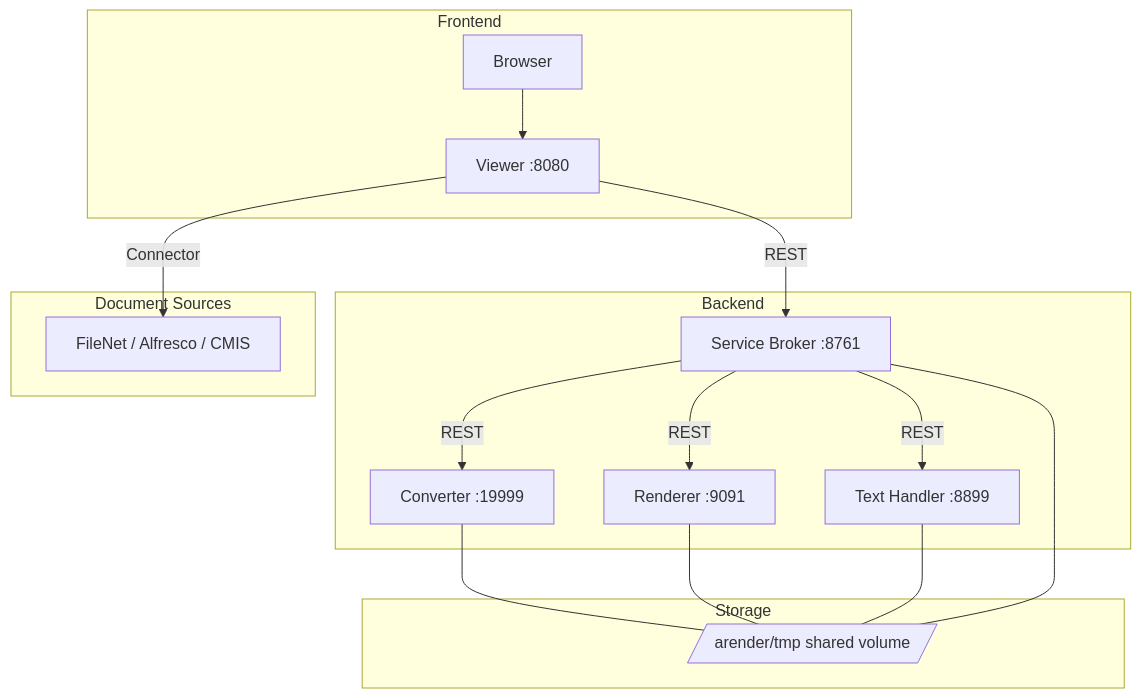
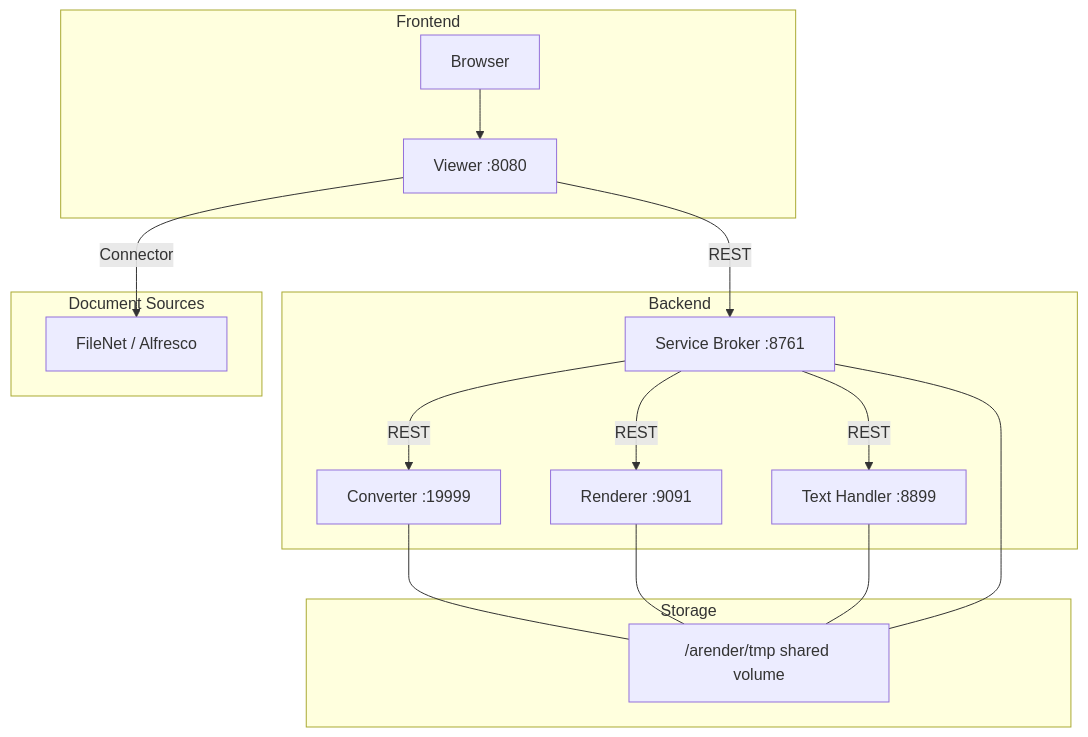
Before and after one commit to Uxopian/uxodocs: the diagram in docs/arender/overview/architecture.md, drawn with Mermaid. The commit also changed other lines of this file and 14 other files, not shown here.

````diff
--- a/docs/arender/overview/architecture.md
+++ b/docs/arender/overview/architecture.md
@@ -75,21 +75,21 @@
 ```mermaid
 graph TB
     subgraph Frontend
         B[Browser] --> V[Viewer :8080]
     end
     subgraph Backend
         V -->|REST| SB[Service Broker :8761]
         SB -->|REST| DC[Converter :19999]
         SB -->|REST| DR[Renderer :9091]
         SB -->|REST| DT[Text Handler :8899]
     end
     subgraph Storage
-        DC --- TMP[/arender/tmp shared volume/]
+        DC --- TMP["/arender/tmp shared volume"]
         DR --- TMP
         DT --- TMP
         SB --- TMP
     end
     subgraph "Document Sources"
-        V -->|Connector| ECM[FileNet / Alfresco / CMIS]
+        V -->|Connector| ECM[FileNet / Alfresco]
     end
 ```
````
